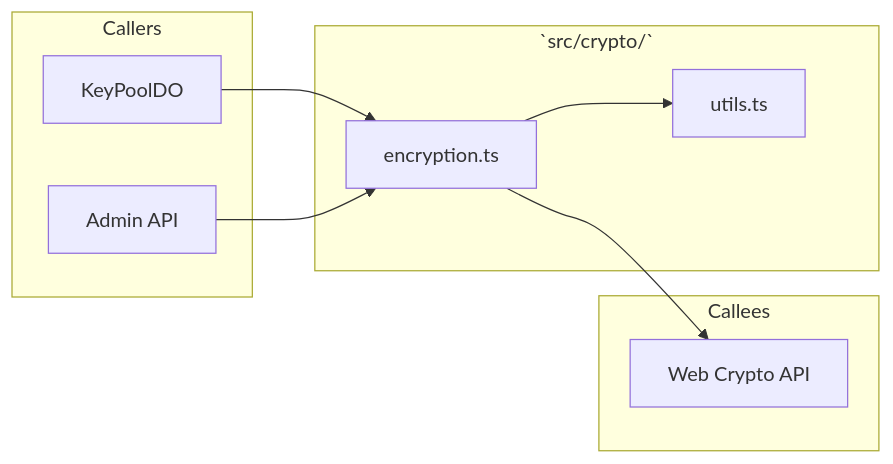
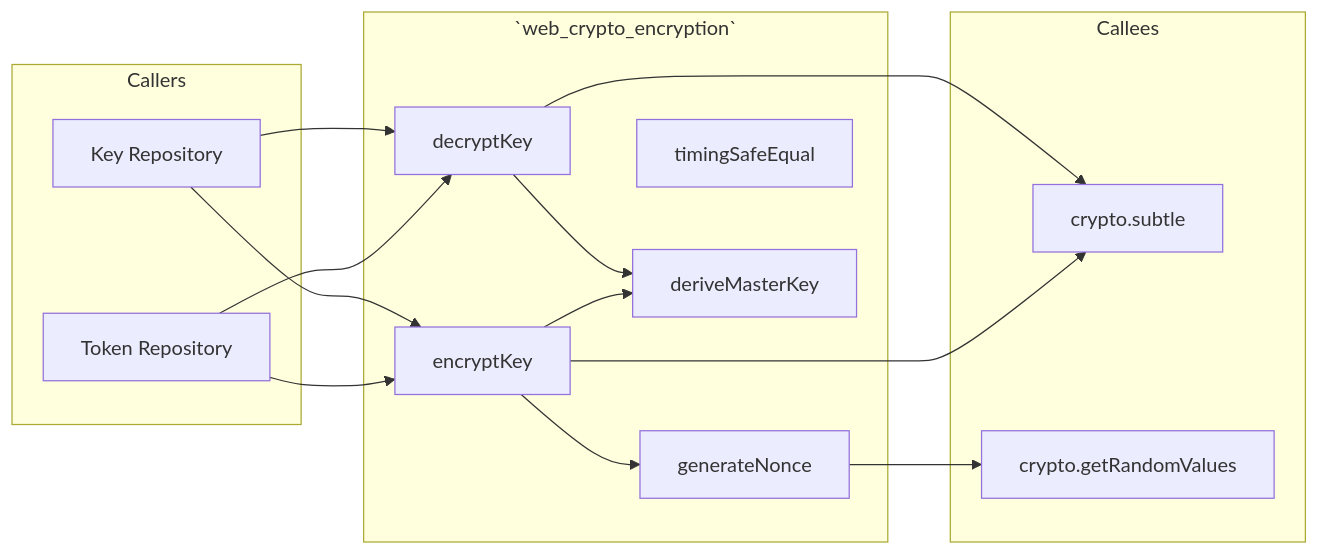
Before and after one commit to Axe-08/Key-Collective: the first of 3 diagrams in docs/codeflow/web_crypto_encryption_cfg.md, drawn with Mermaid. The commit also changed other lines of this file and 18 other files, not shown here.

````diff
--- a/docs/codeflow/web_crypto_encryption_cfg.md
+++ b/docs/codeflow/web_crypto_encryption_cfg.md
@@ -18,18 +18,29 @@
 ```mermaid
 graph LR
     subgraph Callers
-        KeyPoolDO[KeyPoolDO]
-        AdminAPI[Admin API]
+        TokenRepo[Token Repository]
+        KeyRepo[Key Repository]
     end
-    subgraph `src/crypto/`
-        Encryption[encryption.ts]
-        Utils[utils.ts]
+    subgraph `web_crypto_encryption`
+        encryptKey[encryptKey]
+        decryptKey[decryptKey]
+        generateNonce[generateNonce]
+        timingSafeEqual[timingSafeEqual]
+        deriveMasterKey[deriveMasterKey]
     end
     subgraph Callees
-        WebCrypto[Web Crypto API]
+        WebCrypto[crypto.subtle]
+        Random[crypto.getRandomValues]
     end
-    KeyPoolDO --> Encryption
-    AdminAPI --> Encryption
-    Encryption --> WebCrypto
-    Encryption --> Utils
+
+    TokenRepo --> encryptKey
+    TokenRepo --> decryptKey
+    KeyRepo --> encryptKey
+    KeyRepo --> decryptKey
+    encryptKey --> generateNonce
+    encryptKey --> deriveMasterKey
+    decryptKey --> deriveMasterKey
+    generateNonce --> Random
+    encryptKey --> WebCrypto
+    decryptKey --> WebCrypto
 ```
````
